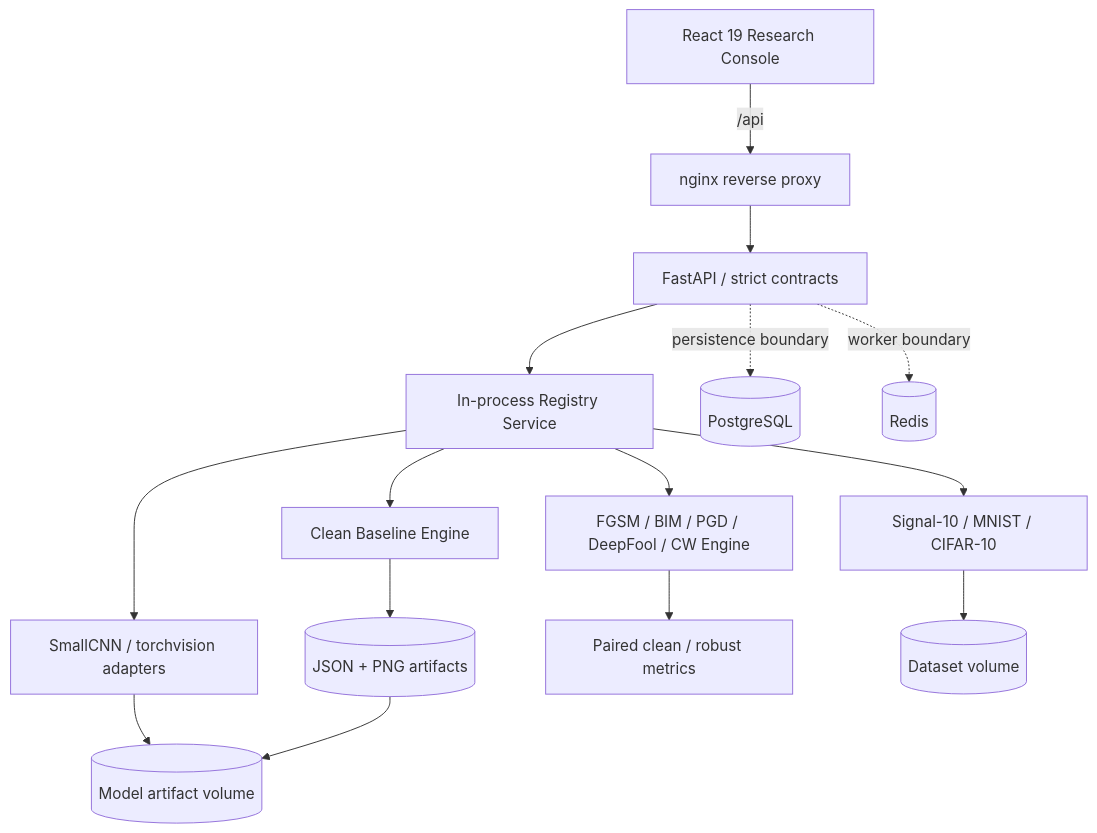
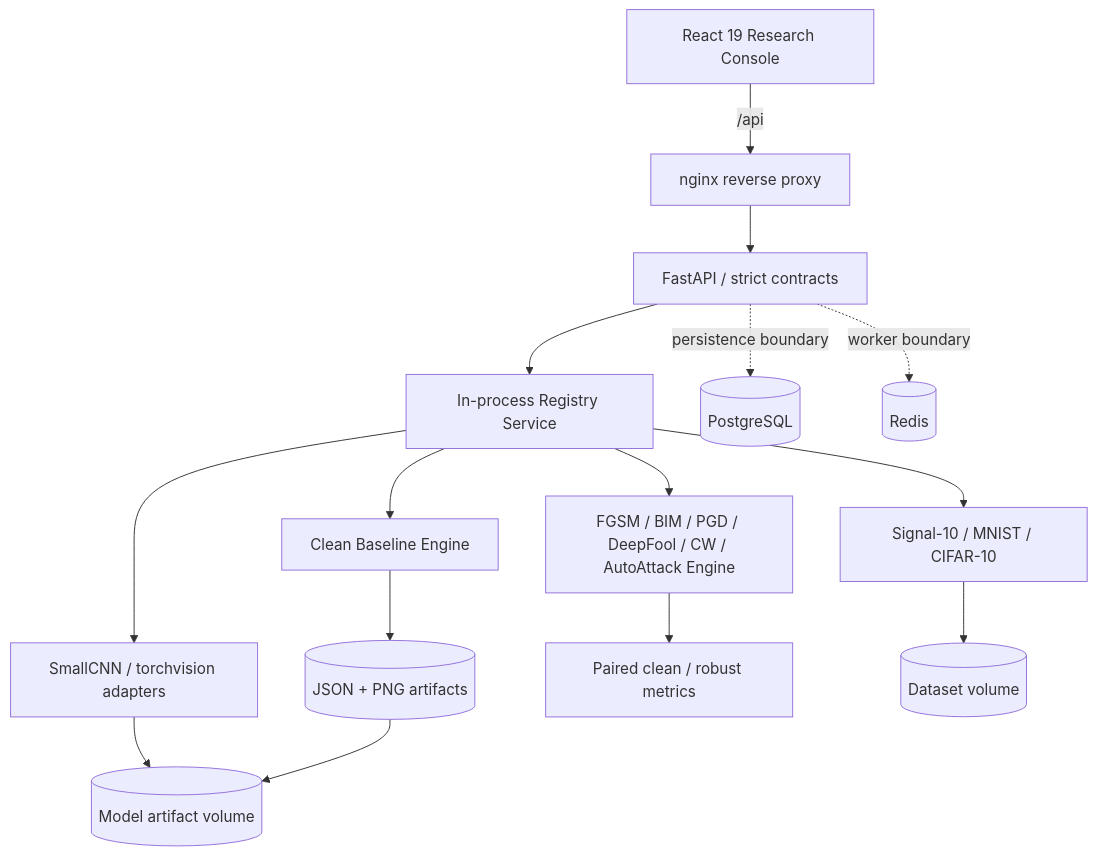
One commit to MintKangaroo/AIShield changed the third of 3 diagrams in README.md. Above: the diagram before and after it, drawn with Mermaid. The commit also changed other lines of this file and 12 other files, not shown here.

First line of the commit message:
feat: add deterministic AutoAttack ensemble adapter

````diff
--- a/README.md
+++ b/README.md
@@ -306,21 +307,21 @@
 ```mermaid
 flowchart TB
     UI["React 19 Research Console"] -->|"/api"| NGINX["nginx reverse proxy"]
     NGINX --> API["FastAPI / strict contracts"]
 
     API --> REG["In-process Registry Service"]
     REG --> DATA["Signal-10 / MNIST / CIFAR-10"]
     REG --> MODEL["SmallCNN / torchvision adapters"]
     REG --> BASE["Clean Baseline Engine"]
-    REG --> ATTACK["FGSM / BIM / PGD / DeepFool / CW Engine"]
+    REG --> ATTACK["FGSM / BIM / PGD / DeepFool / CW / AutoAttack Engine"]
 
     BASE --> EVIDENCE[("JSON + PNG artifacts")]
     ATTACK --> METRIC["Paired clean / robust metrics"]
 
     DATA --> DATA_VOL[("Dataset volume")]
     MODEL --> ART_VOL[("Model artifact volume")]
     EVIDENCE --> ART_VOL
 
     API -. "persistence boundary" .-> PG[("PostgreSQL")]
     API -. "worker boundary" .-> REDIS[("Redis")]
 ```
````
